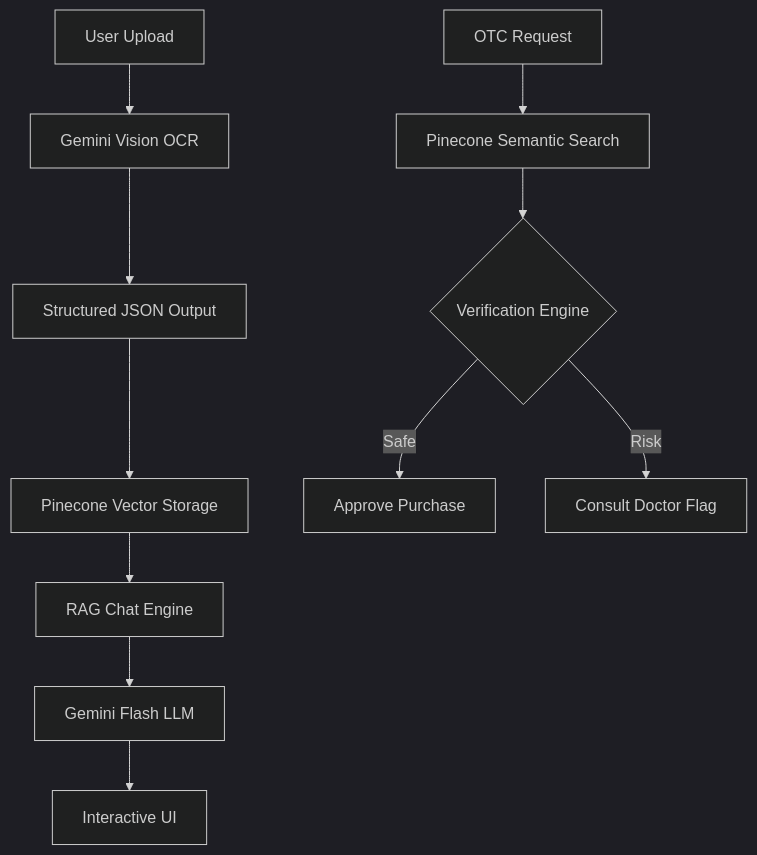
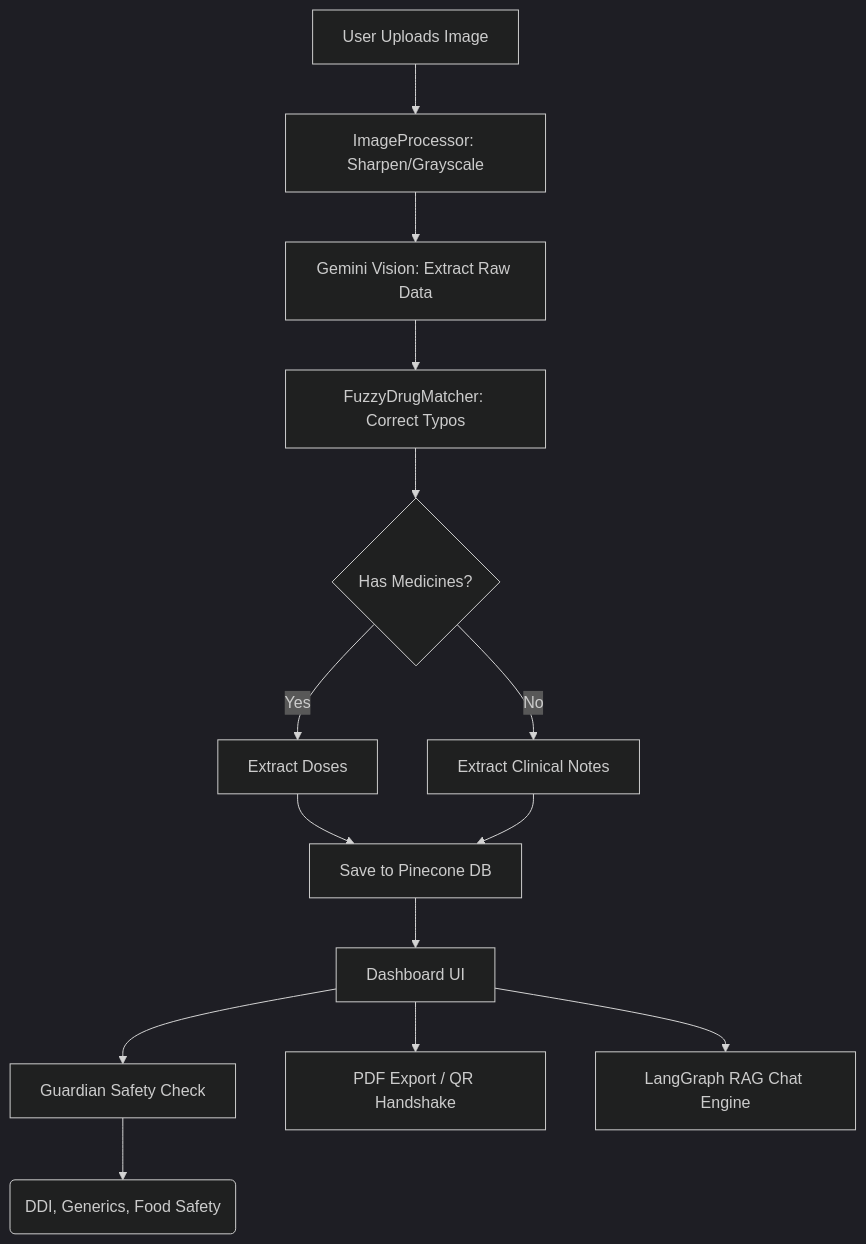
The diagram in README.md (akshit40/-Clarity-Rx-), drawn with Mermaid (dark theme) before and after one commit. The commit also changed other lines of this file and 1 other file, not shown here.

Commit message:
docs: Update README and workflow diagrams for Clarity Rx 5.0

````diff
--- a/README.md
+++ b/README.md
@@ -40,13 +51,16 @@
 ```mermaid
 graph TD
-    A[User Upload] --> B[Gemini Vision OCR]
-    B --> C[Structured JSON Output]
-    C --> D[Pinecone Vector Storage]
-    D --> E[RAG Chat Engine]
-    E --> F[Gemini Flash LLM]
-    F --> G[Interactive UI]
-    H[OTC Request] --> I[Pinecone Semantic Search]
-    I --> J{Verification Engine}
-    J -->|Safe| K[Approve Purchase]
-    J -->|Risk| L[Consult Doctor Flag]
+    A[User Uploads Image] --> B[ImageProcessor: Sharpen/Grayscale]
+    B --> C[Gemini Vision: Extract Raw Data]
+    C --> D[FuzzyDrugMatcher: Correct Typos]
+    D --> E{Has Medicines?}
+    E -->|Yes| F[Extract Doses]
+    E -->|No| G[Extract Clinical Notes]
+    F & G --> H[Save to Pinecone DB]
+    
+    H --> I[Dashboard UI]
+    I --> J[Guardian Safety Check]
+    J --> K(DDI, Generics, Food Safety)
+    I --> L[PDF Export / QR Handshake]
+    I --> M[LangGraph RAG Chat Engine]
 ```
````
